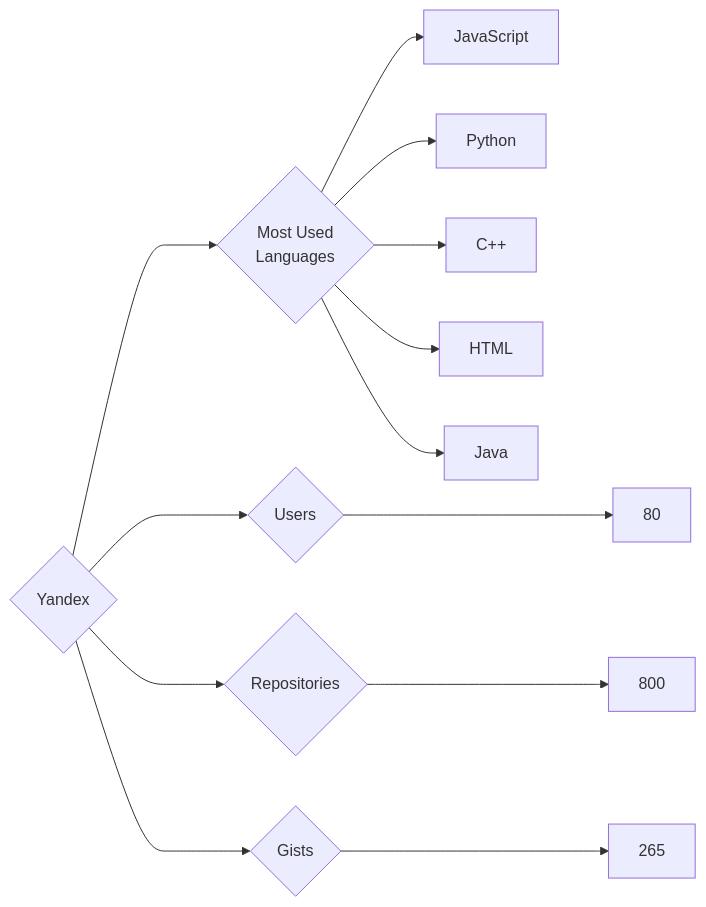
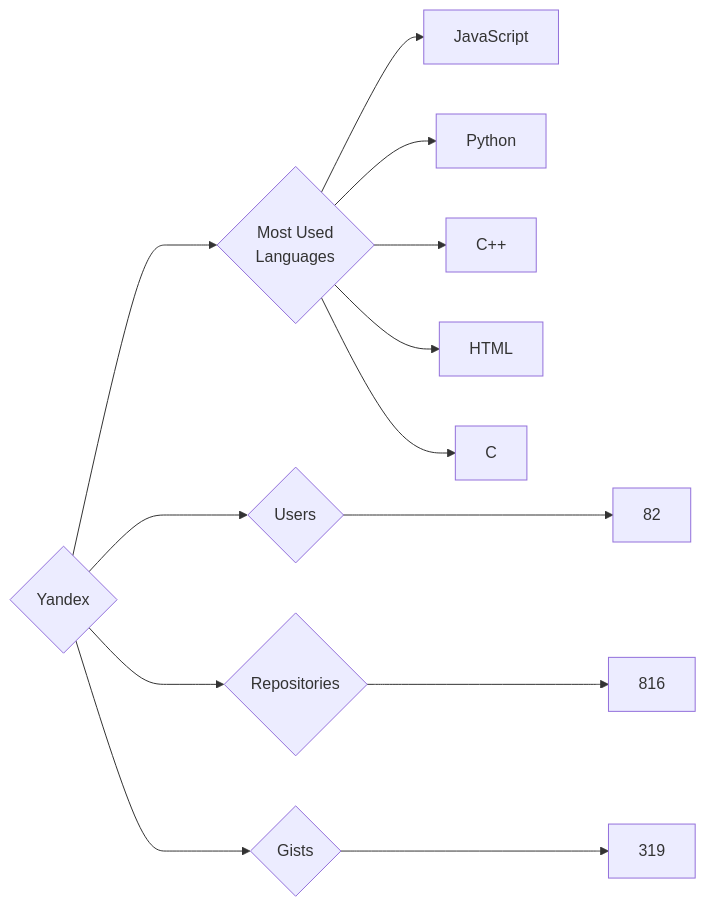
The diagram in targets/Yandex/README.md (trickest/insiders), drawn with Mermaid before and after one commit. The commit also changed 765 other files, not shown here.

````diff
--- a/targets/Yandex/README.md
+++ b/targets/Yandex/README.md
@@ -3,13 +3,13 @@
 ```mermaid
 graph LR
 COMPANY_NAME{Yandex}
-COMPANY_NAME ---> U{Users} ---> UN[80]
-COMPANY_NAME ---> R{Repositories} ---> RN[800]
-COMPANY_NAME ---> G{Gists} ---> GN[265]
+COMPANY_NAME ---> U{Users} ---> UN[82]
+COMPANY_NAME ---> R{Repositories} ---> RN[816]
+COMPANY_NAME ---> G{Gists} ---> GN[319]
 COMPANY_NAME ---> ML{Most Used<br>Languages}
 ML --> JavaScript[JavaScript]
 ML --> Python[Python]
 ML --> C++[C++]
 ML --> HTML[HTML]
-ML --> Java[Java]
+ML --> C[C]
 ```
````
